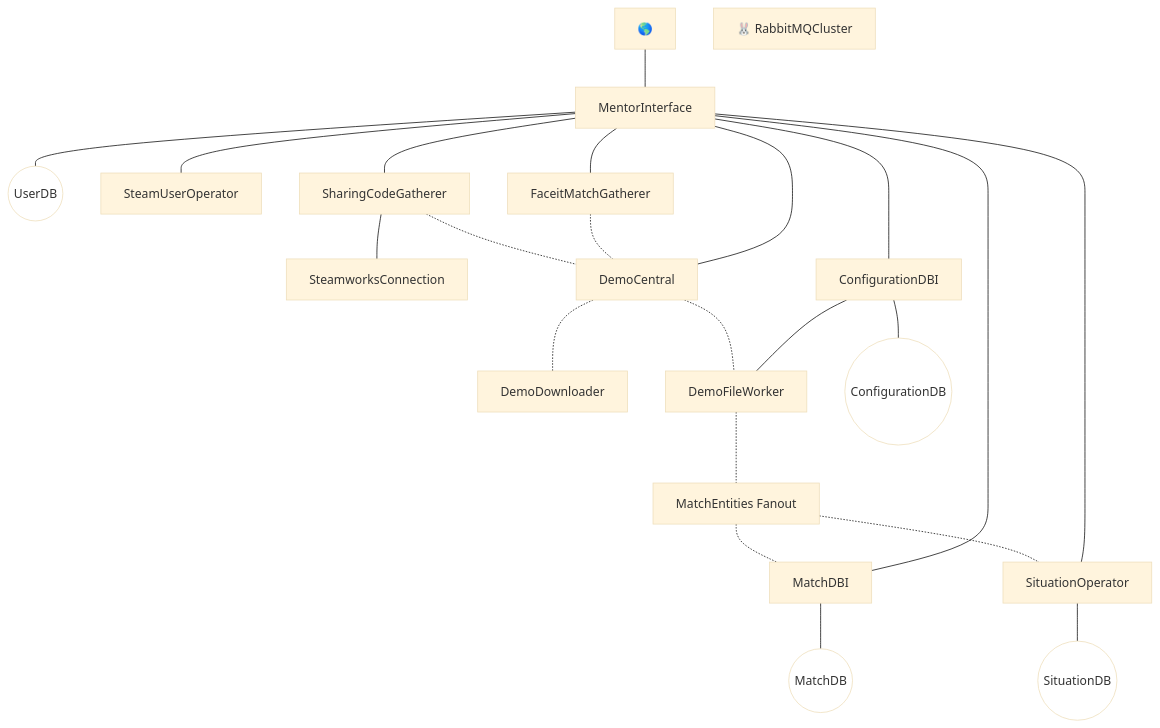
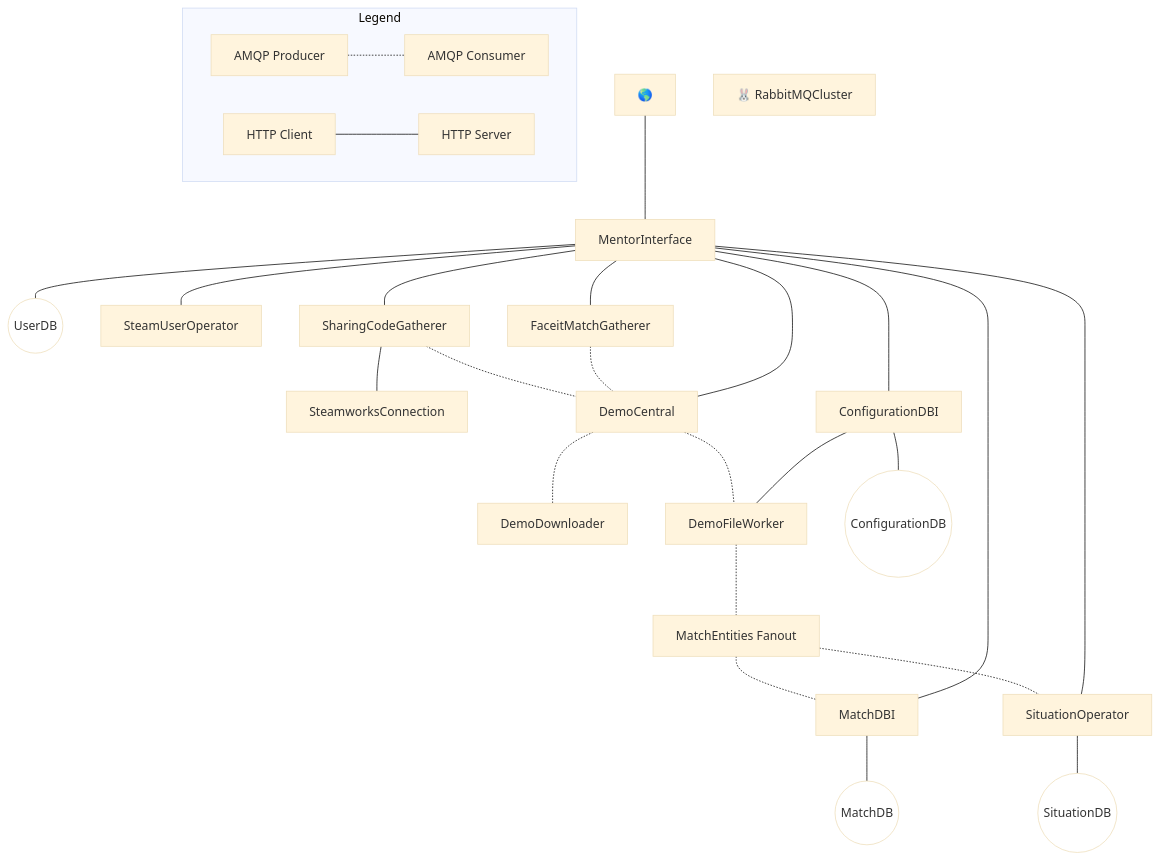
The diagram in README.md (KieronKretschmar/MentorGG_Overview), drawn with Mermaid (base theme) before and after one commit.

````diff
--- a/README.md
+++ b/README.md
@@ -33,55 +33,60 @@
 ```mermaid
 graph TD;
     I["🌎"] --- MI
     MI --- UDB((UserDB));
     
     MI --- SUO[SteamUserOperator];
     
     MI --- SCO[SharingCodeGatherer];
     SCO --- SWC[SteamworksConnection];
     SCO -.- DC;
     
     MI --- FG[FaceitMatchGatherer];
     FG -.- DC;
     
     
     MI --- CDBI[ConfigurationDBI];
     
     MI[MentorInterface] --- DC[DemoCentral];
     DC -.- DD[DemoDownloader];
     DC -.- DFW[DemoFileWorker];
     DFW -.- MEF["MatchEntities Fanout"];
     MEF -.- MDBI;
     MEF -.- SO;
     
     CDBI --- DFW;
 
     CDBI --- CDB((ConfigurationDB));
     MI --- MDBI[MatchDBI];
     MI --- SO[SituationOperator];
     SO --- SDB((SituationDB));
     MDBI --- MDB((MatchDB));
 
     RC["🐰 RabbitMQCluster"];
 
+    subgraph Legend
+        AMQPP["AMQP Producer"] -.- AMQPC["AMQP Consumer"];
+        HTTPC["HTTP Client"] --- HTTPS["HTTP Server"];
+    end
+
     classDef db fill:white;
     classDef queue fill:pink;
     class RFO queue;
     class UDB,SUDB,CDB,SDB,MDB db;
 
     click MI,UDB "https://gitlab.com/mentorgg/engine/mentor-interface";
     click SUO "https://gitlab.com/mentorgg/engine/steamuserprojects";
     click SCO,SWC "https://gitlab.com/mentorgg/csgo/sharingcodeprojects";
     click CDBI,CDB "https://gitlab.com/mentorgg/csgo/configurationdbi";
     click DC "https://gitlab.com/mentorgg/csgo/democentral";
     click FG "https://gitlab.com/mentorgg/csgo/faceitmatchgatherer";
     click DFW "https://gitlab.com/mentorgg/csgo/demofileworker";
     click DD "https://gitlab.com/mentorgg/csgo/demodownloader";
     click MDBI,MDB "https://gitlab.com/mentorgg/csgo/matchdbi";
     click RC "https://gitlab.com/mentorgg/engine/rabbitmqcluster";
     click MEF "https://gitlab.com/mentorgg/csgo/matchentities";
     click SO,SDB "https://gitlab.com/mentorgg/csgo/situationsoperator";
 
 
     
 ```
````
